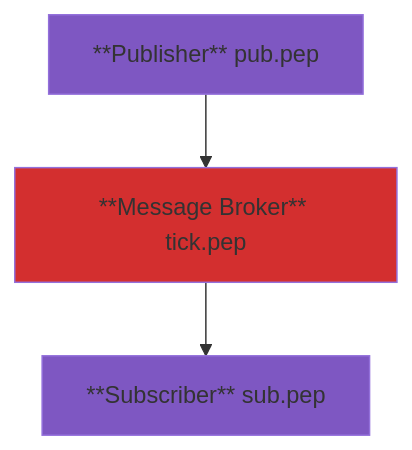
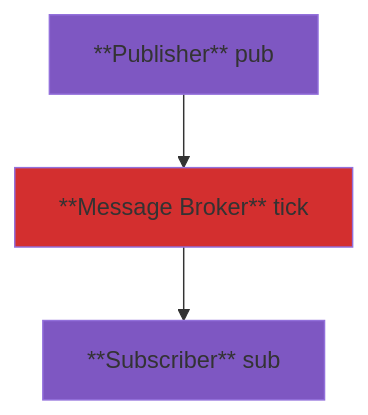
Before and after one commit to purple-chili/purple-chili.github.io: the diagram in docs/real-time-case.md, drawn with Mermaid. The commit also changed other lines of this file and 4 other files, not shown here.

````diff
--- a/docs/real-time-case.md
+++ b/docs/real-time-case.md
@@ -7,13 +7,13 @@
 ```mermaid
 graph TD
-    PUB[**Publisher** pub.pep]
-    SUB[**Subscriber** sub.pep]
-    TICK[**Message Broker** tick.pep]
+    PUB[**Publisher** pub]
+    SUB[**Subscriber** sub]
+    TICK[**Message Broker** tick]
 
     PUB --> TICK
     TICK --> SUB
 
     style PUB fill:#7E57C2
     style SUB fill:#7E57C2
     style TICK fill:#D32F2F
 ```
````
